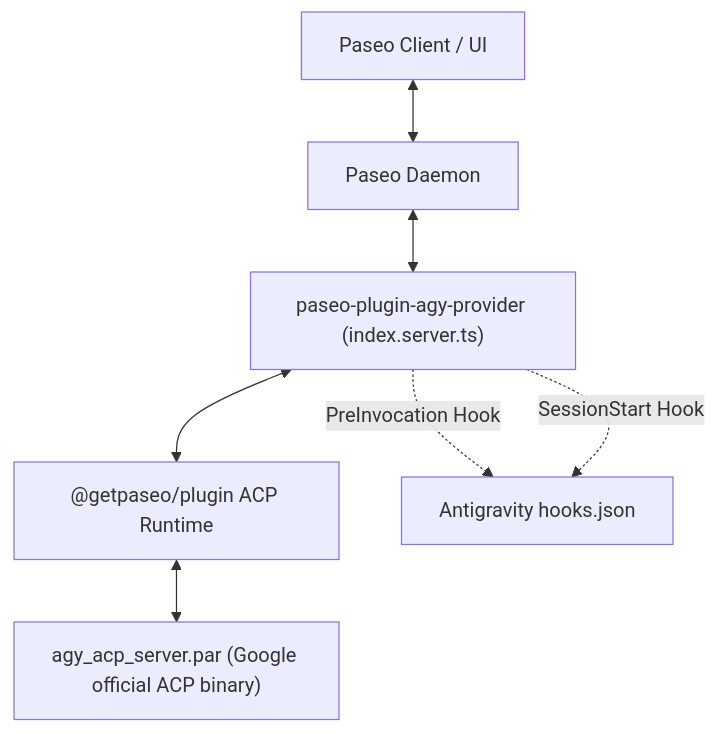
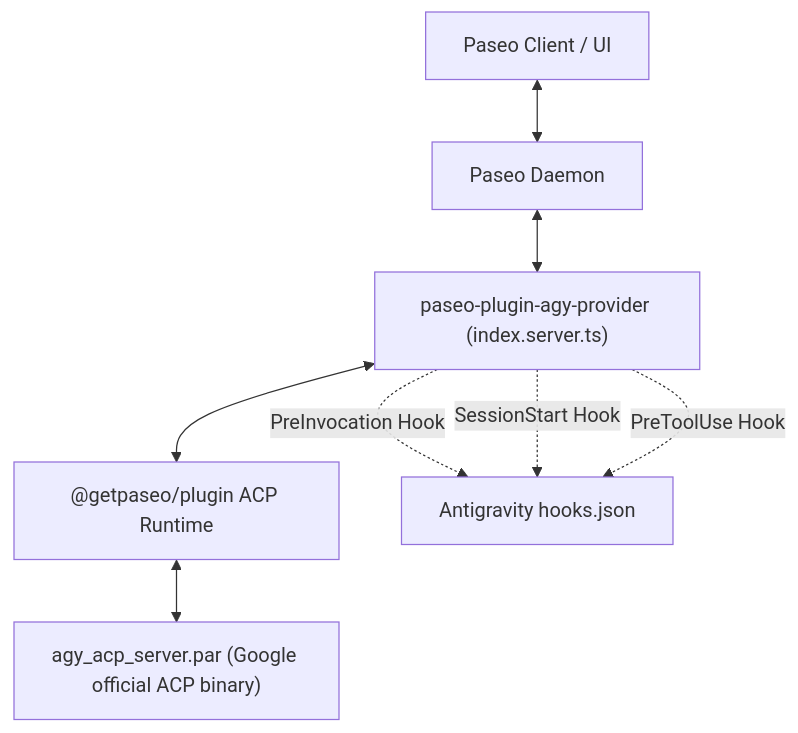
Before and after one commit to dszakallas/paseo-plugin-agy-provider: the diagram in DESIGN.md, drawn with Mermaid. The commit also changed other lines of this file and 7 other files, not shown here.

````diff
--- a/DESIGN.md
+++ b/DESIGN.md
@@ -9,9 +9,10 @@
 ```mermaid
 flowchart TD
     PaseoClient["Paseo Client / UI"] <--> PaseoDaemon["Paseo Daemon"]
     PaseoDaemon <--> Plugin["paseo-plugin-agy-provider (index.server.ts)"]
     Plugin <--> AcpRuntime["@getpaseo/plugin ACP Runtime"]
     AcpRuntime <--> AgyAcpServer["agy_acp_server.par (Google official ACP binary)"]
     Plugin -.->|PreInvocation Hook| AgyHooks["Antigravity hooks.json"]
     Plugin -.->|SessionStart Hook| AgyHooks
+    Plugin -.->|PreToolUse Hook| AgyHooks
 ```
````
